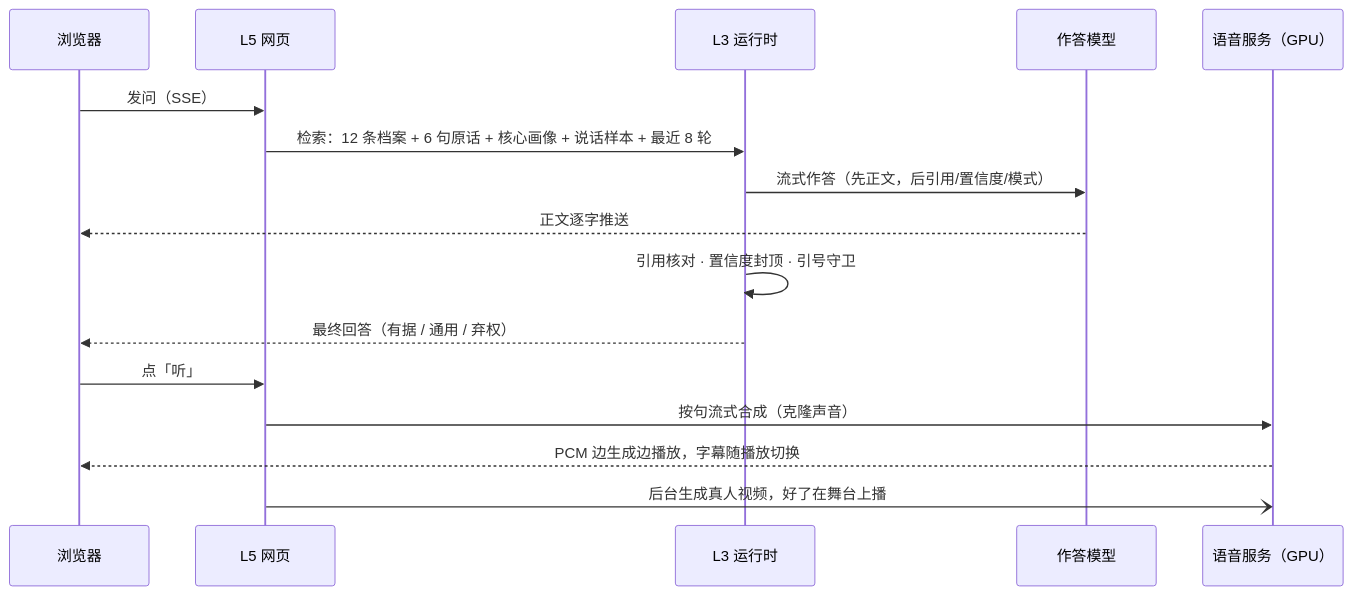
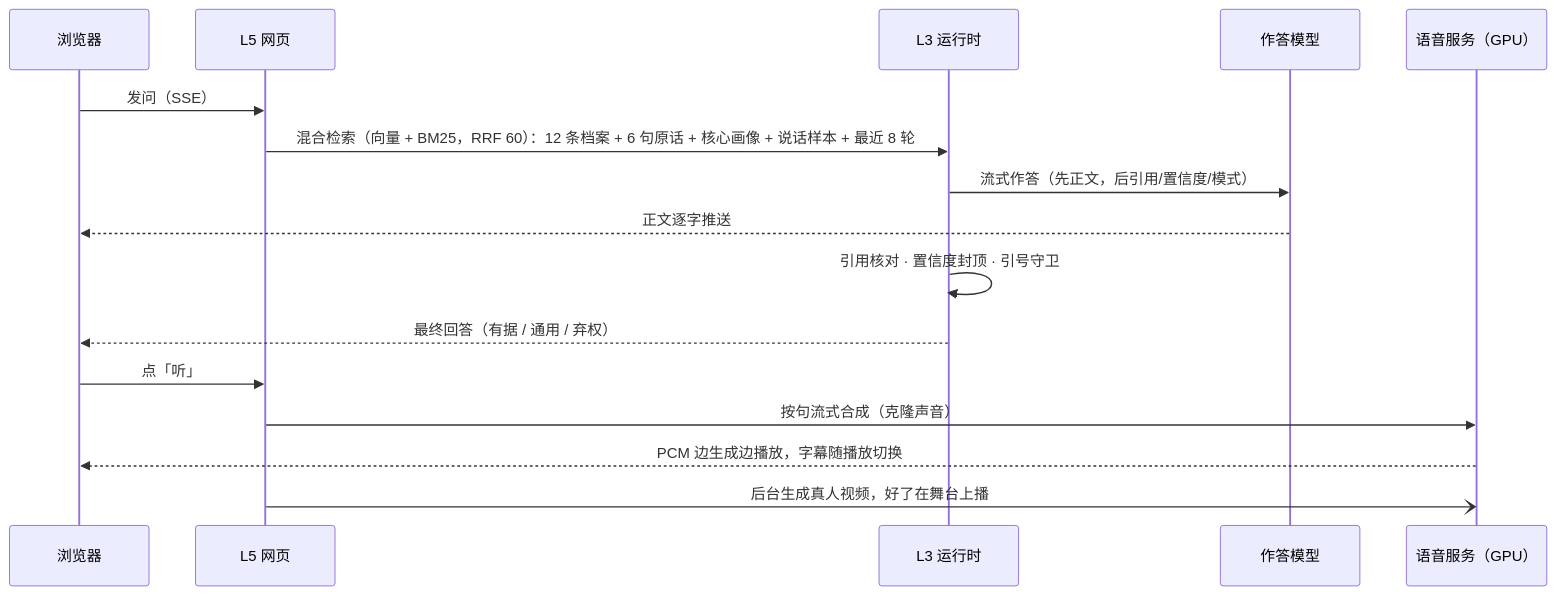
One commit to seasonsolt/twin changed the fourth of 6 diagrams in docs/ARCHITECTURE.md. Above: the diagram before and after it, drawn with Mermaid. The commit also changed other lines of this file and 5 other files, not shown here.

````diff
--- a/docs/ARCHITECTURE.md
+++ b/docs/ARCHITECTURE.md
@@ -59,18 +59,18 @@
 ```mermaid
 sequenceDiagram
   participant U as 浏览器
   participant W as L5 网页
   participant R as L3 运行时
   participant M as 作答模型
   participant T as 语音服务（GPU）
   U->>W: 发问（SSE）
-  W->>R: 检索：12 条档案 + 6 句原话 + 核心画像 + 说话样本 + 最近 8 轮
+  W->>R: 混合检索（向量 + BM25，RRF 60）：12 条档案 + 6 句原话 + 核心画像 + 说话样本 + 最近 8 轮
   R->>M: 流式作答（先正文，后引用/置信度/模式）
   M-->>U: 正文逐字推送
   R->>R: 引用核对 · 置信度封顶 · 引号守卫
   R-->>U: 最终回答（有据 / 通用 / 弃权）
   U->>W: 点「听」
   W->>T: 按句流式合成（克隆声音）
   T-->>U: PCM 边生成边播放，字幕随播放切换
   W-)T: 后台生成真人视频，好了在舞台上播
 ```
````
